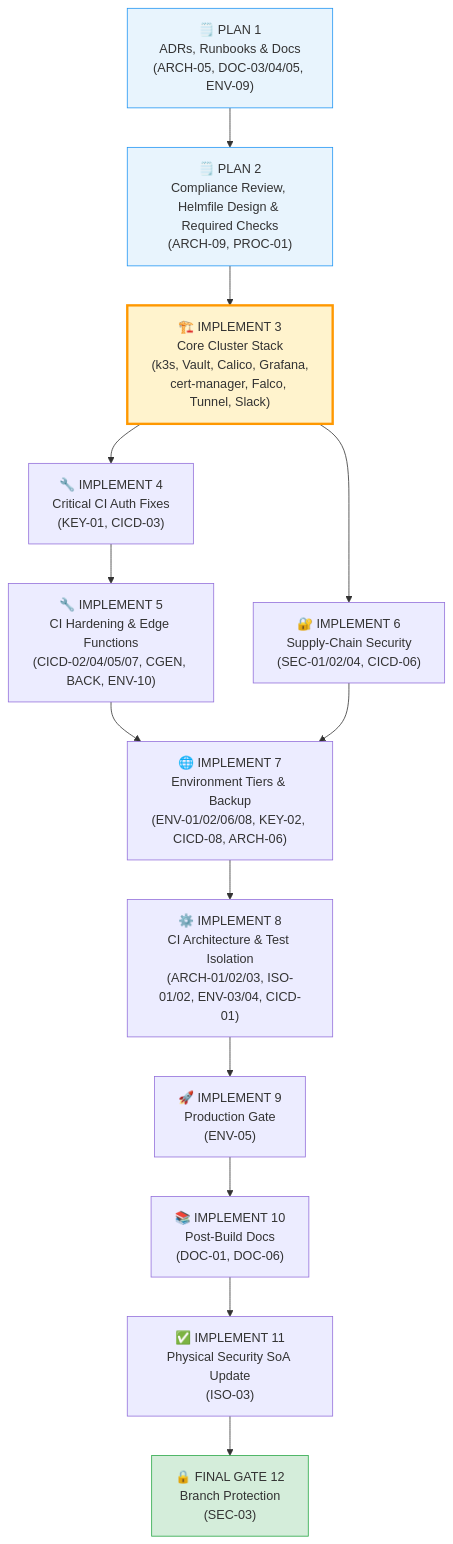
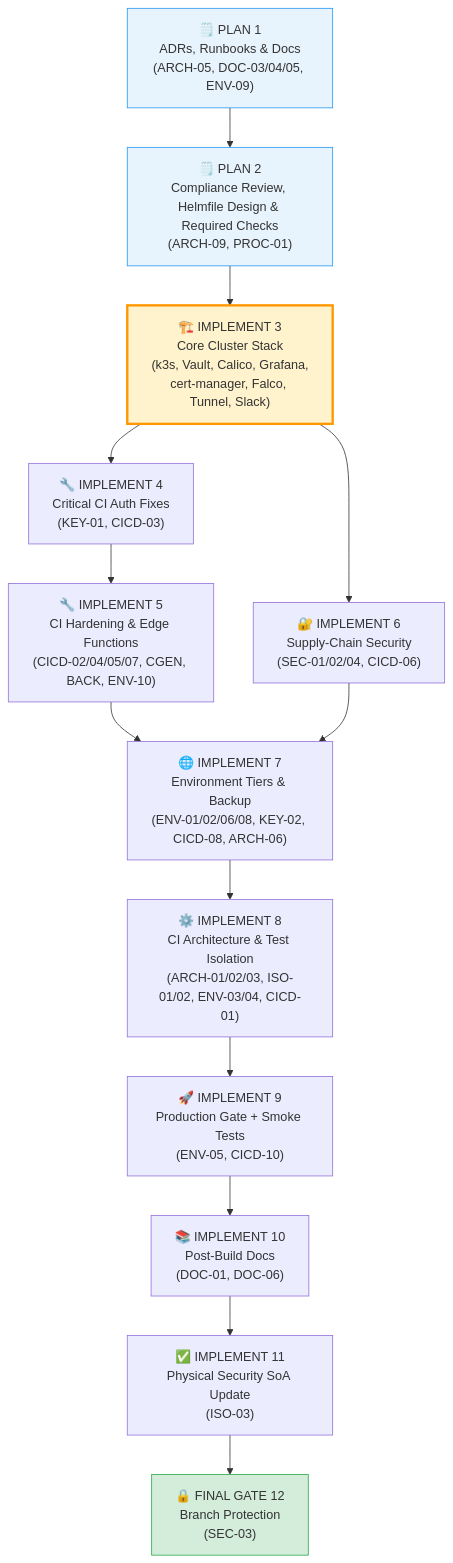
The first of 3 diagrams in docs/audits/260312-cicd-environments/audit.md (dm-ra-01/doco-common-bond), drawn with Mermaid before and after one commit. The commit also changed other lines of this file and 3 other files, not shown here.

First line of the commit message:
audit(260312-cicd-environments): round 8 final amendments + CICD-10 smoke test

````diff
--- a/docs/audits/260312-cicd-environments/audit.md
+++ b/docs/audits/260312-cicd-environments/audit.md
@@ -308,21 +309,21 @@
 ```mermaid
 flowchart TD
   P1["🗒️ PLAN 1\nADRs, Runbooks & Docs\n(ARCH-05, DOC-03/04/05, ENV-09)"] --> P2
   P2["🗒️ PLAN 2\nCompliance Review, Helmfile Design & Required Checks\n(ARCH-09, PROC-01)"] --> P3
   P3["🏗️ IMPLEMENT 3\nCore Cluster Stack\n(k3s, Vault, Calico, Grafana,\ncert-manager, Falco, Tunnel, Slack)"] --> P4
   P3 --> P6
   P4["🔧 IMPLEMENT 4\nCritical CI Auth Fixes\n(KEY-01, CICD-03)"] --> P5
   P5["🔧 IMPLEMENT 5\nCI Hardening & Edge Functions\n(CICD-02/04/05/07, CGEN, BACK, ENV-10)"] --> P7
   P6["🔐 IMPLEMENT 6\nSupply-Chain Security\n(SEC-01/02/04, CICD-06)"] --> P7
   P7["🌐 IMPLEMENT 7\nEnvironment Tiers & Backup\n(ENV-01/02/06/08, KEY-02, CICD-08, ARCH-06)"] --> P8
   P8["⚙️ IMPLEMENT 8\nCI Architecture & Test Isolation\n(ARCH-01/02/03, ISO-01/02, ENV-03/04, CICD-01)"] --> P9
-  P9["🚀 IMPLEMENT 9\nProduction Gate\n(ENV-05)"] --> P10
+  P9["🚀 IMPLEMENT 9\nProduction Gate + Smoke Tests\n(ENV-05, CICD-10)"] --> P10
   P10["📚 IMPLEMENT 10\nPost-Build Docs\n(DOC-01, DOC-06)"] --> P11
   P11["✅ IMPLEMENT 11\nPhysical Security SoA Update\n(ISO-03)"] --> P12
   P12["🔒 FINAL GATE 12\nBranch Protection\n(SEC-03)"]
 
   style P1 fill:#e8f4fd,stroke:#2196F3
   style P2 fill:#e8f4fd,stroke:#2196F3
   style P3 fill:#fff3cd,stroke:#FF9800,stroke-width:3px
   style P12 fill:#d4edda,stroke:#28a745
 ```
````
